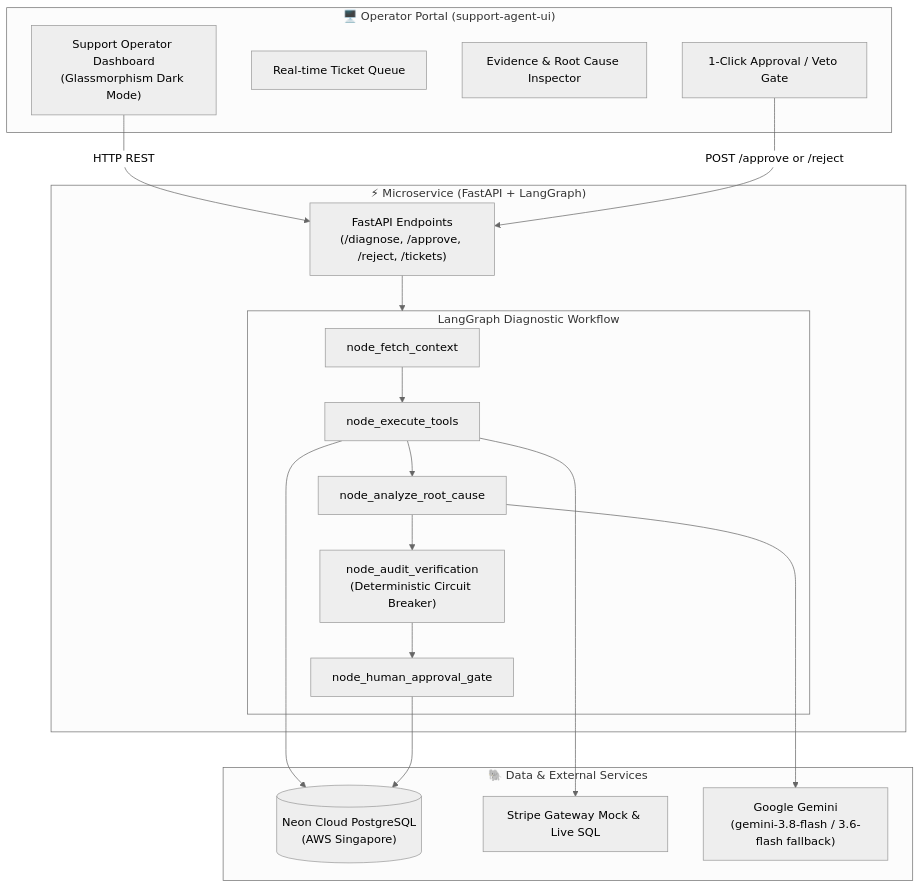
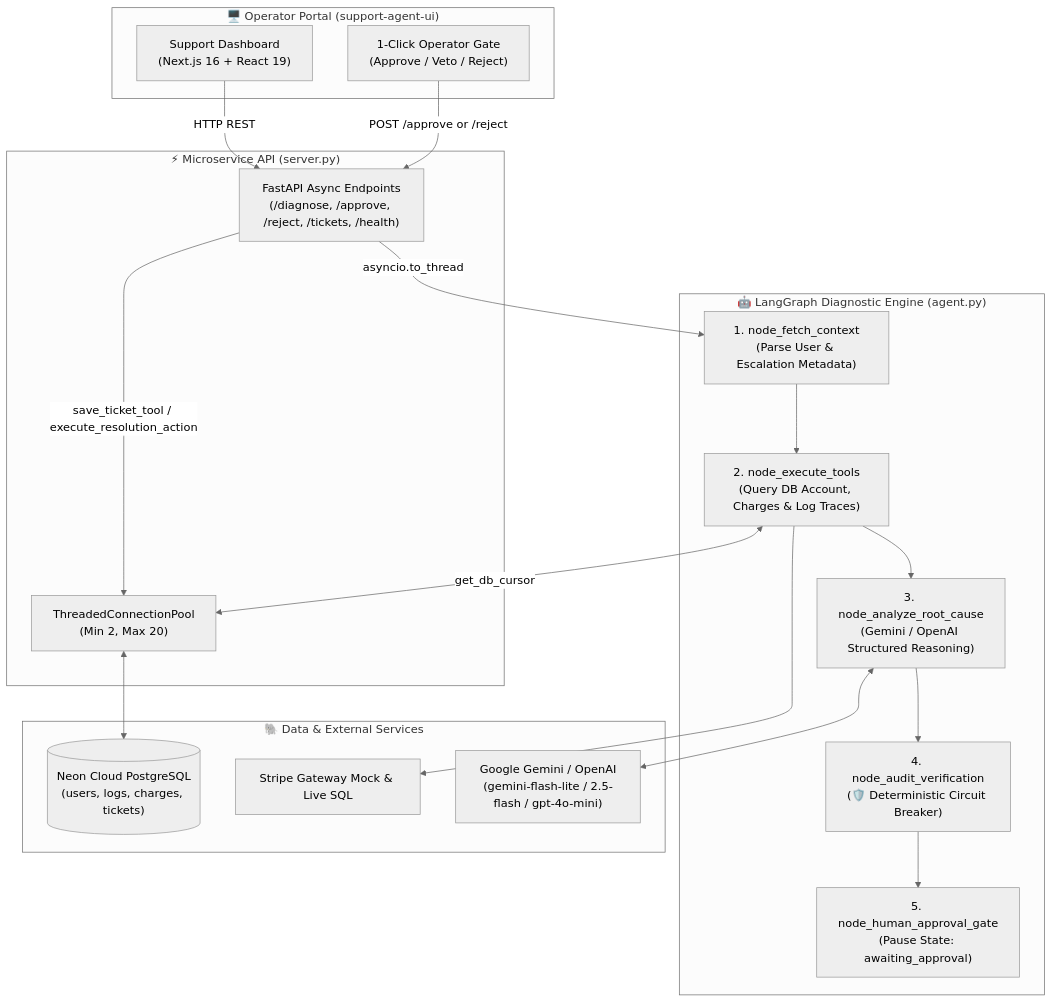
Before and after one commit to Nijanthan-v/AI-Agent: the diagram in README.md, drawn with Mermaid (neutral theme). The commit also changed other lines of this file, not shown here.

Commit message:
docs: streamline architecture diagram, key features, and API reference in README.md

````diff
--- a/README.md
+++ b/README.md
@@ -11,34 +11,37 @@
 ```mermaid
 flowchart TD
-    subgraph Frontend["🖥️ Operator Portal (support-agent-ui)"]
-        UI["Support Operator Dashboard\n(Glassmorphism Dark Mode)"]
-        Queue["Real-time Ticket Queue"]
-        Inspector["Evidence & Root Cause Inspector"]
-        HITL["1-Click Approval / Veto Gate"]
+    subgraph Client["🖥️ Operator Portal (support-agent-ui)"]
+        UI["Support Dashboard\n(Next.js 16 + React 19)"]
+        HITL["1-Click Operator Gate\n(Approve / Veto / Reject)"]
     end
 
-    subgraph Backend["⚡ Microservice (FastAPI + LangGraph)"]
-        API["FastAPI Endpoints\n(/diagnose, /approve, /reject, /tickets)"]
-        
-        subgraph Graph["LangGraph Diagnostic Workflow"]
-            N1["node_fetch_context"] --> N2["node_execute_tools"]
-            N2 --> N3["node_analyze_root_cause"]
-            N3 --> N4["node_audit_verification\n(Deterministic Circuit Breaker)"]
-            N4 --> N5["node_human_approval_gate"]
-        end
+    subgraph Backend["⚡ Microservice API (server.py)"]
+        API["FastAPI Async Endpoints\n(/diagnose, /approve, /reject, /tickets, /health)"]
+        Pool["ThreadedConnectionPool\n(Min 2, Max 20)"]
     end
 
-    subgraph DataLayer["🐘 Data & External Services"]
-        NeonDB[("Neon Cloud PostgreSQL\n(AWS Singapore)")]
+    subgraph LangGraph["🤖 LangGraph Diagnostic Engine (agent.py)"]
+        N1["1. node_fetch_context\n(Parse User & Escalation Metadata)"]
+        N2["2. node_execute_tools\n(Query DB Account, Charges & Log Traces)"]
+        N3["3. node_analyze_root_cause\n(Gemini / OpenAI Structured Reasoning)"]
+        N4["4. node_audit_verification\n(🛡️ Deterministic Circuit Breaker)"]
+        N5["5. node_human_approval_gate\n(Pause State: awaiting_approval)"]
+
+        N1 --> N2 --> N3 --> N4 --> N5
+    end
+
+    subgraph Storage["🐘 Data & External Services"]
+        NeonDB[("Neon Cloud PostgreSQL\n(users, logs, charges, tickets)")]
         Stripe["Stripe Gateway Mock & Live SQL"]
-        LLM["Google Gemini\n(gemini-3.8-flash / 3.6-flash fallback)"]
+        LLM["Google Gemini / OpenAI\n(gemini-flash-lite / 2.5-flash / gpt-4o-mini)"]
     end
 
     UI -->|HTTP REST| API
-    API --> Graph
-    N2 --> NeonDB
+    HITL -->|POST /approve or /reject| API
+    API -->|asyncio.to_thread| N1
+    N2 <-->|get_db_cursor| Pool
+    Pool <--> NeonDB
     N2 --> Stripe
-    N3 --> LLM
-    N5 --> NeonDB
-    HITL -->|POST /approve or /reject| API
+    N3 <--> LLM
+    API -->|save_ticket_tool / execute_resolution_action| Pool
 ```
````
